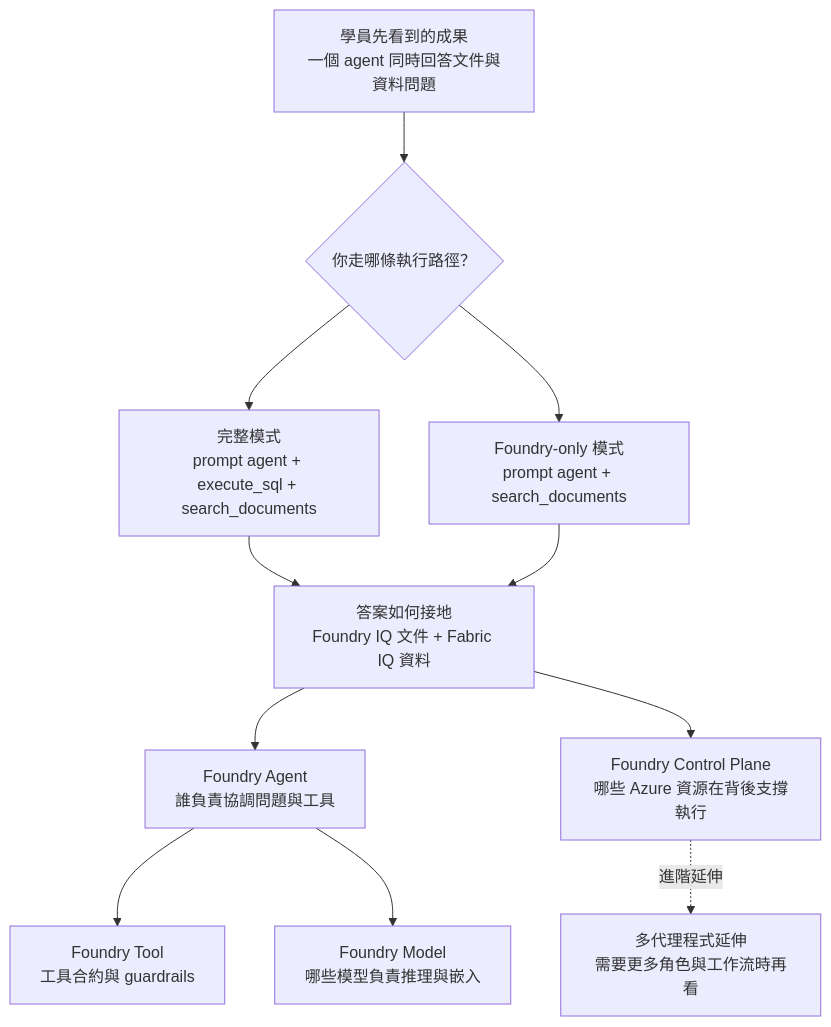
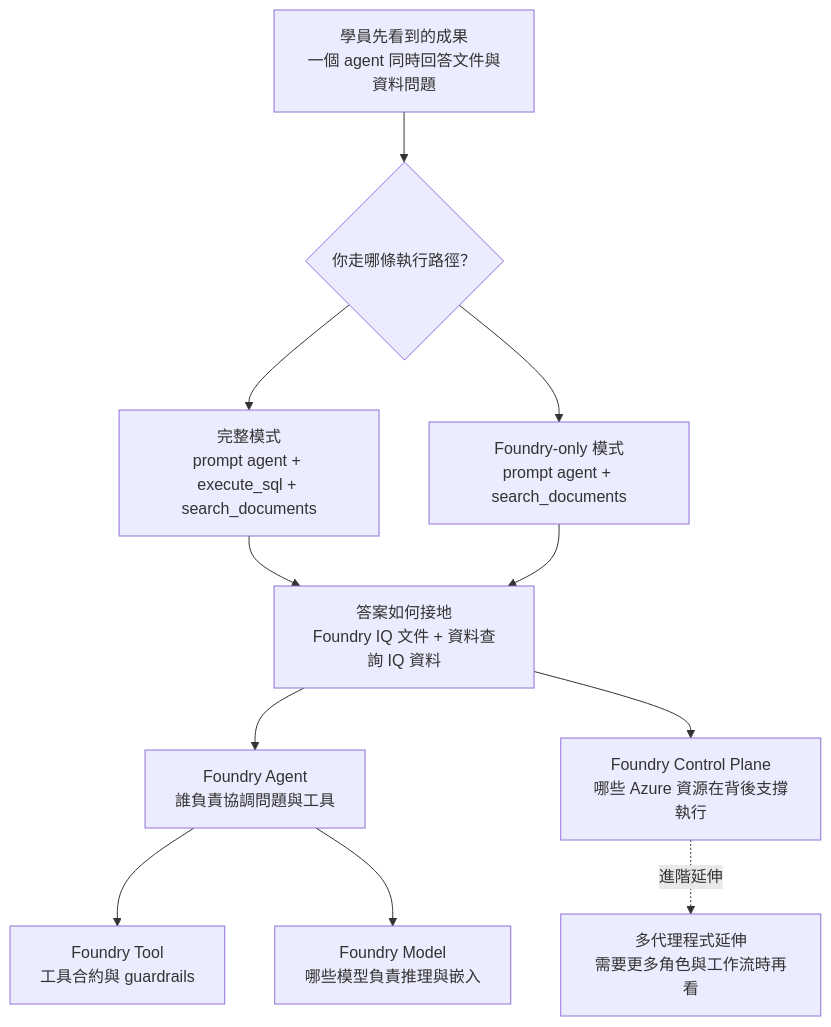
The diagram in workshop/docs/index.md (payton-chou-ms/e2e-ms-foundry-workshop), drawn with Mermaid before and after one commit. The commit also changed other lines of this file and 32 other files, not shown here.

````diff
--- a/workshop/docs/index.md
+++ b/workshop/docs/index.md
@@ -52,14 +52,14 @@
 ```mermaid
 flowchart TD
     U[學員先看到的成果<br/>一個 agent 同時回答文件與資料問題]
     U --> R{你走哪條執行路徑？}
     R --> F[完整模式<br/>prompt agent + execute_sql + search_documents]
     R --> S[Foundry-only 模式<br/>prompt agent + search_documents]
-    F --> IQ[答案如何接地<br/>Foundry IQ 文件 + Fabric IQ 資料]
+    F --> IQ[答案如何接地<br/>Foundry IQ 文件 + 資料查詢 IQ 資料]
     S --> IQ
     IQ --> A[Foundry Agent<br/>誰負責協調問題與工具]
     A --> T[Foundry Tool<br/>工具合約與 guardrails]
     A --> M[Foundry Model<br/>哪些模型負責推理與嵌入]
     IQ --> C[Foundry Control Plane<br/>哪些 Azure 資源在背後支撐執行]
     C -. 進階延伸 .-> MA[多代理程式延伸<br/>需要更多角色與工作流時再看]
 ```
````
